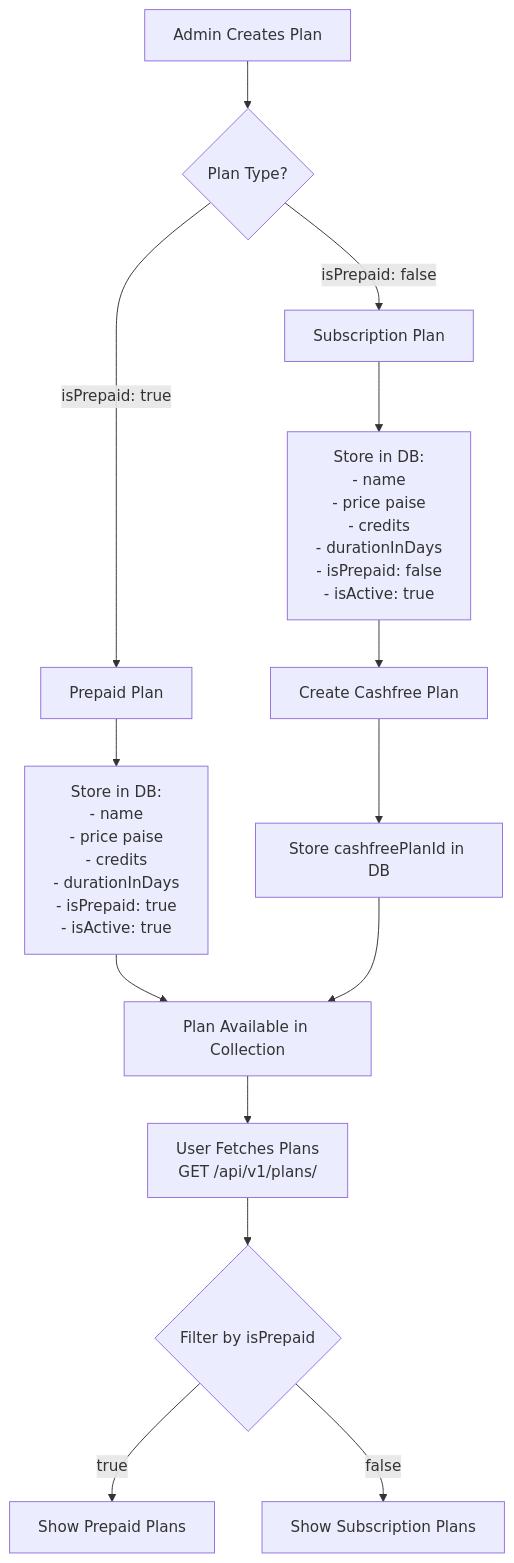
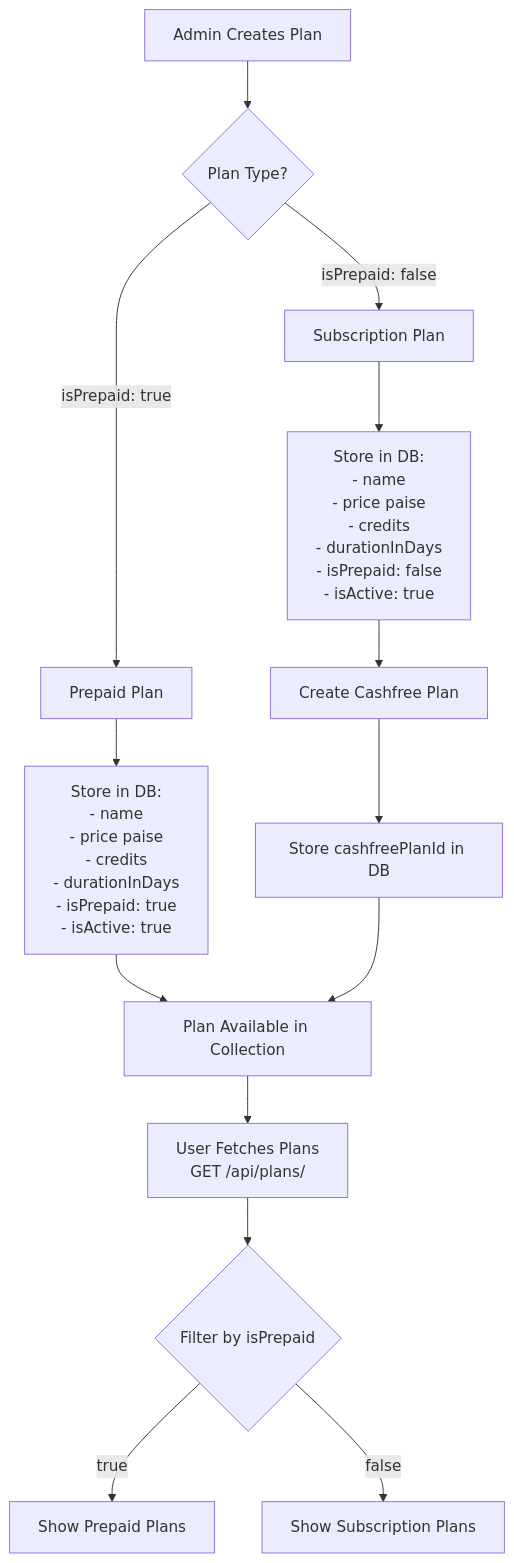
One commit to Grosint/backend changed the first of 7 diagrams in PAYMENT_FLOW_DIAGRAM.md. Above: the diagram before and after it, drawn with Mermaid. The commit also changed other lines of this file and 8 other files, not shown here.

````diff
--- a/PAYMENT_FLOW_DIAGRAM.md
+++ b/PAYMENT_FLOW_DIAGRAM.md
@@ -19,20 +19,20 @@
 ```mermaid
 flowchart TD
     A[Admin Creates Plan] --> B{Plan Type?}
     B -->|isPrepaid: true| C[Prepaid Plan]
     B -->|isPrepaid: false| D[Subscription Plan]
 
     C --> E[Store in DB:<br/>- name<br/>- price paise<br/>- credits<br/>- durationInDays<br/>- isPrepaid: true<br/>- isActive: true]
 
     D --> F[Store in DB:<br/>- name<br/>- price paise<br/>- credits<br/>- durationInDays<br/>- isPrepaid: false<br/>- isActive: true]
     F --> G[Create Cashfree Plan]
     G --> H[Store cashfreePlanId in DB]
 
     E --> I[Plan Available in Collection]
     H --> I
 
-    I --> J[User Fetches Plans<br/>GET /api/v1/plans/]
+    I --> J[User Fetches Plans<br/>GET /api/plans/]
     J --> K{Filter by isPrepaid}
     K -->|true| L[Show Prepaid Plans]
     K -->|false| M[Show Subscription Plans]
 ```
````
